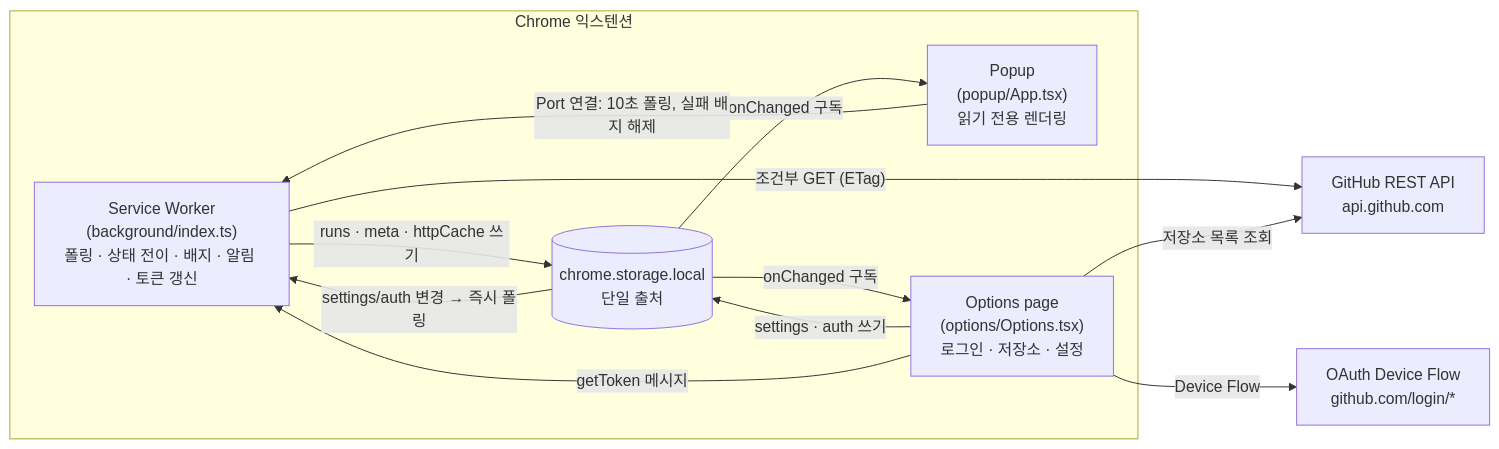
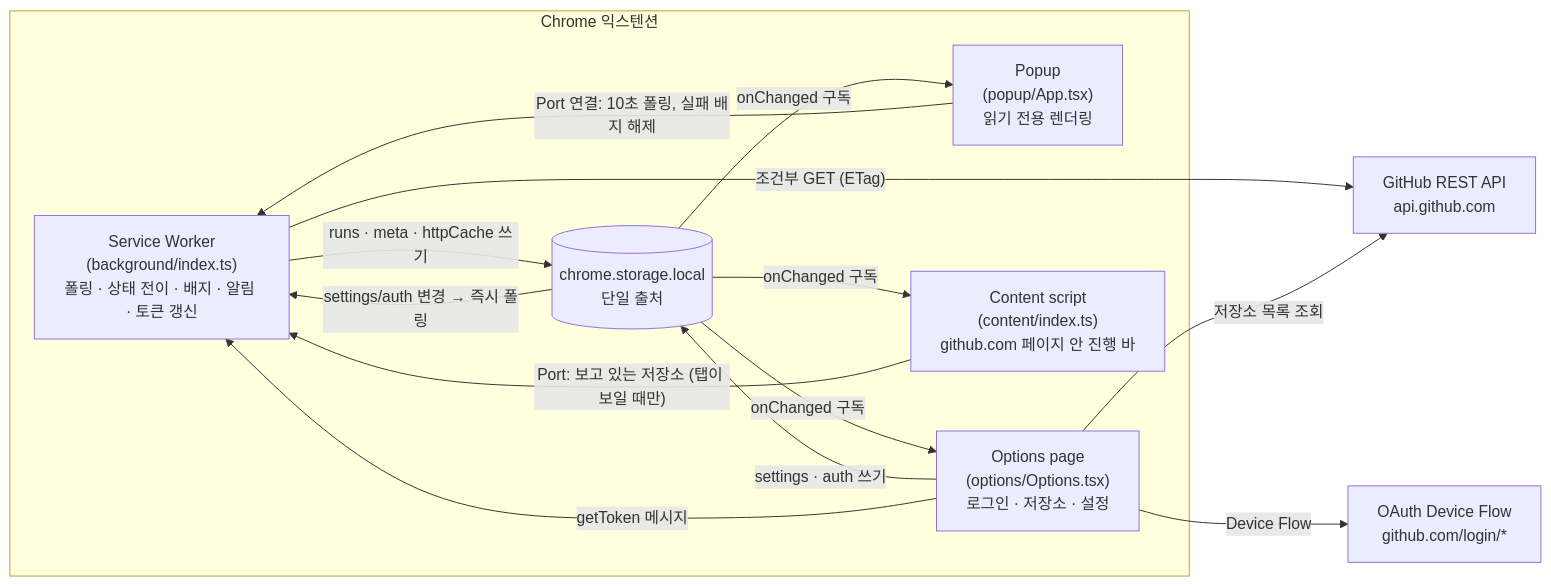
Before and after one commit to gugitgugit/live-actions: the first of 2 diagrams in docs/DESIGN.md, drawn with Mermaid. The commit also changed other lines of this file and 23 other files, not shown here.

````diff
--- a/docs/DESIGN.md
+++ b/docs/DESIGN.md
@@ -79,22 +80,25 @@
 ```mermaid
 flowchart LR
   subgraph Chrome["Chrome 익스텐션"]
     SW["Service Worker<br/>(background/index.ts)<br/>폴링 · 상태 전이 · 배지 · 알림 · 토큰 갱신"]
     ST[("chrome.storage.local<br/>단일 출처")]
     PU["Popup<br/>(popup/App.tsx)<br/>읽기 전용 렌더링"]
     OP["Options page<br/>(options/Options.tsx)<br/>로그인 · 저장소 · 설정"]
+    CS["Content script<br/>(content/index.ts)<br/>github.com 페이지 안 진행 바"]
   end
   GH["GitHub REST API<br/>api.github.com"]
   GL["OAuth Device Flow<br/>github.com/login/*"]
 
   SW -- "조건부 GET (ETag)" --> GH
   SW -- "runs · meta · httpCache 쓰기" --> ST
   ST -- "onChanged 구독" --> PU
   ST -- "onChanged 구독" --> OP
   OP -- "settings · auth 쓰기" --> ST
   ST -- "settings/auth 변경 → 즉시 폴링" --> SW
   PU -- "Port 연결: 10초 폴링, 실패 배지 해제" --> SW
   OP -- "getToken 메시지" --> SW
   OP -- "Device Flow" --> GL
   OP -- "저장소 목록 조회" --> GH
+  ST -- "onChanged 구독" --> CS
+  CS -- "Port: 보고 있는 저장소 (탭이 보일 때만)" --> SW
 ```
````
